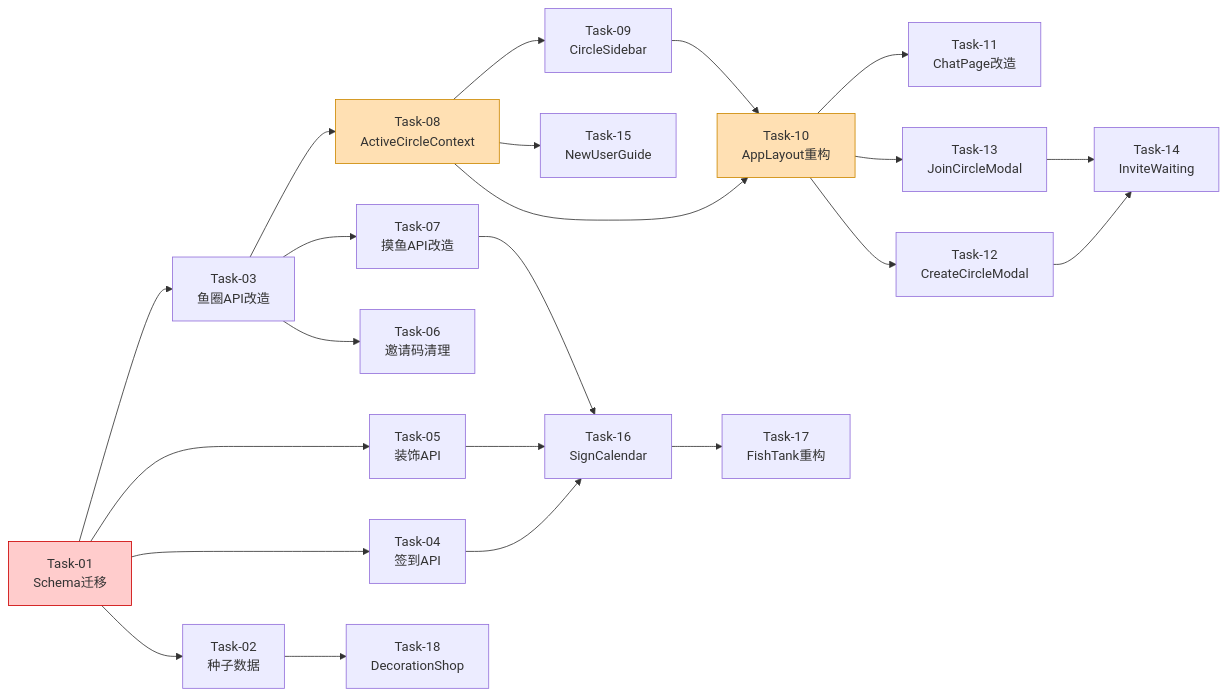
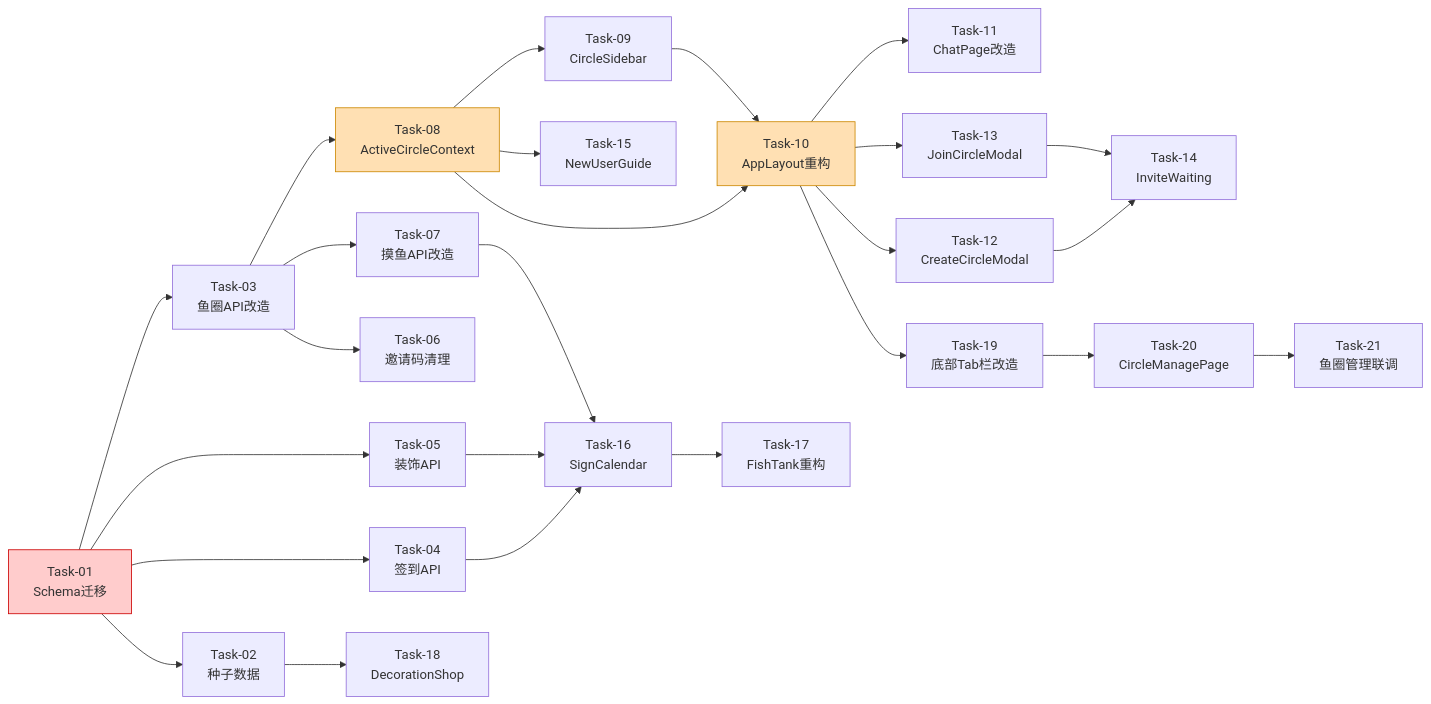
The diagram in specs/features/V1.1.0/页面布局与交互设计_任务规划.md (bailenie/Toast), drawn with Mermaid before and after one commit. The commit also changed other lines of this file and 39 other files, not shown here.

````diff
--- a/specs/features/V1.1.0/页面布局与交互设计_任务规划.md
+++ b/specs/features/V1.1.0/页面布局与交互设计_任务规划.md
@@ -14,28 +14,31 @@
 ```mermaid
 graph LR
     T01[Task-01<br>Schema迁移] --> T02[Task-02<br>种子数据]
     T01 --> T03[Task-03<br>鱼圈API改造]
     T01 --> T04[Task-04<br>签到API]
     T01 --> T05[Task-05<br>装饰API]
     T03 --> T06[Task-06<br>邀请码清理]
     T03 --> T07[Task-07<br>摸鱼API改造]
     T03 --> T08[Task-08<br>ActiveCircleContext]
     T08 --> T09[Task-09<br>CircleSidebar]
     T08 --> T10[Task-10<br>AppLayout重构]
     T09 --> T10
     T10 --> T11[Task-11<br>ChatPage改造]
     T10 --> T12[Task-12<br>CreateCircleModal]
     T10 --> T13[Task-13<br>JoinCircleModal]
     T12 --> T14[Task-14<br>InviteWaiting]
     T13 --> T14
     T08 --> T15[Task-15<br>NewUserGuide]
     T04 --> T16[Task-16<br>SignCalendar]
     T05 --> T16
     T07 --> T16
     T16 --> T17[Task-17<br>FishTank重构]
     T02 --> T18[Task-18<br>DecorationShop]
+    T10 --> T19[Task-19<br>底部Tab栏改造]
+    T19 --> T20[Task-20<br>CircleManagePage]
+    T20 --> T21[Task-21<br>鱼圈管理联调]
 
     style T01 fill:#ffcccc,stroke:#cc0000
     style T08 fill:#ffe0b3,stroke:#cc8800
     style T10 fill:#ffe0b3,stroke:#cc8800
 ```
````
